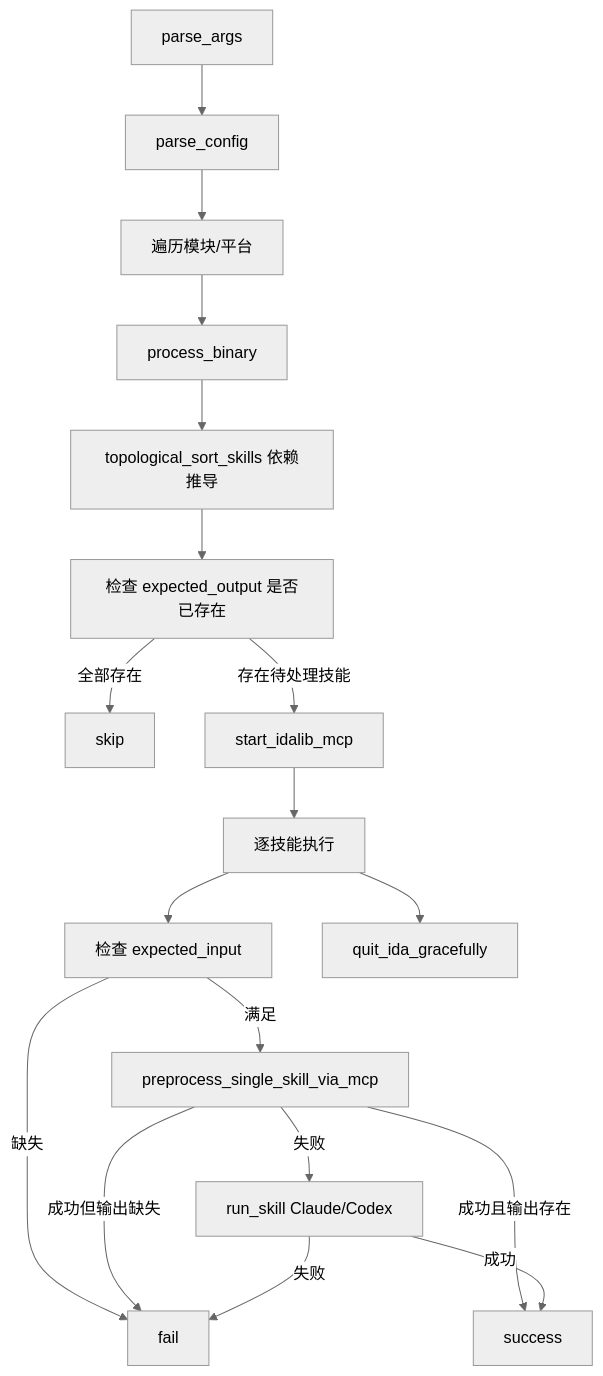
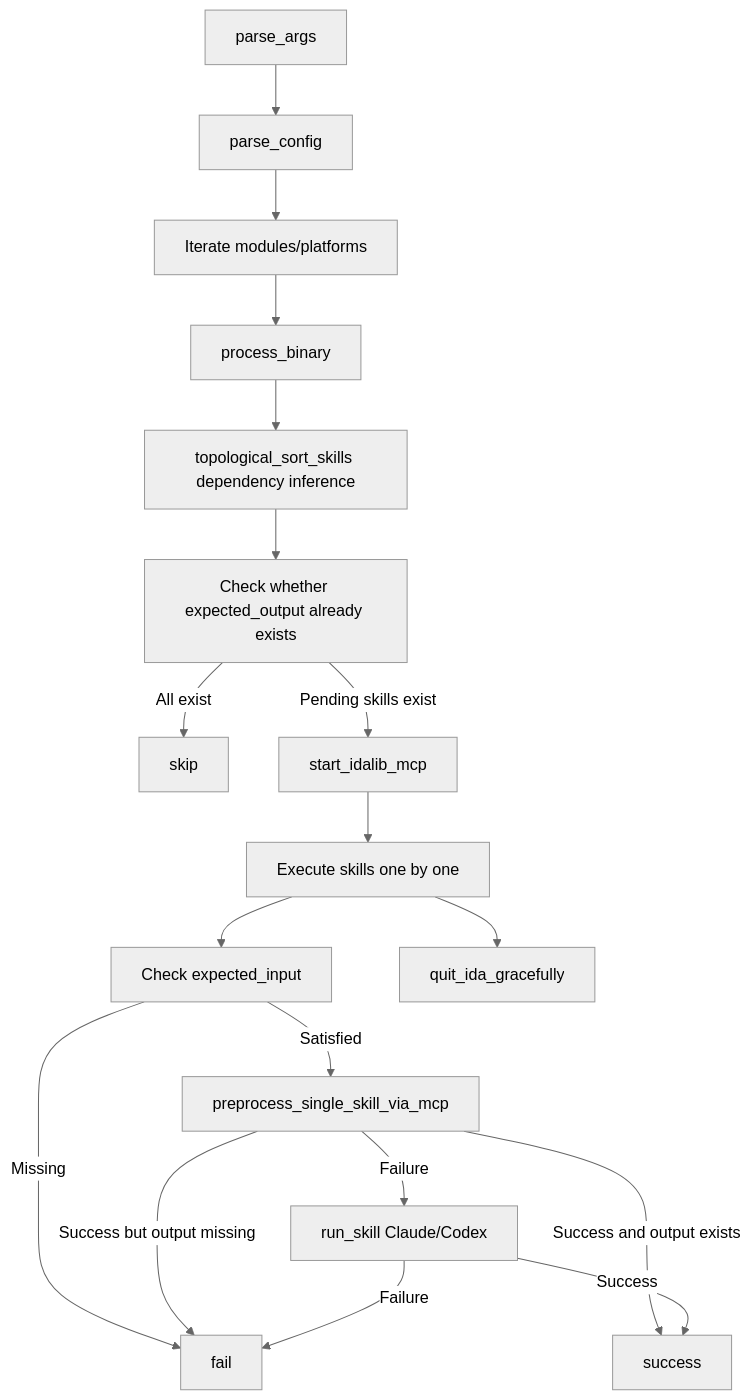
The diagram in .serena/memories/ida_analyze_bin.md (hzqst/CS2_VibeSignatures), drawn with Mermaid (neutral theme) before and after one commit. The commit also changed other lines of this file and 9 other files, not shown here.

````diff
--- a/.serena/memories/ida_analyze_bin.md
+++ b/.serena/memories/ida_analyze_bin.md
@@ -25,20 +25,20 @@
 ```mermaid
 flowchart TD
   A[parse_args] --> B[parse_config]
-  B --> C[遍历模块/平台]
+  B --> C[Iterate modules/platforms]
   C --> D[process_binary]
-  D --> E[topological_sort_skills 依赖推导]
-  E --> F[检查 expected_output 是否已存在]
-  F -->|全部存在| G[skip]
-  F -->|存在待处理技能| H[start_idalib_mcp]
-  H --> I[逐技能执行]
-  I --> J[检查 expected_input]
-  J -->|缺失| K[fail]
-  J -->|满足| L[preprocess_single_skill_via_mcp]
-  L -->|成功且输出存在| O[success]
-  L -->|成功但输出缺失| K
-  L -->|失败| N[run_skill Claude/Codex]
-  N -->|成功| O
-  N -->|失败| K
+  D --> E[topological_sort_skills dependency inference]
+  E --> F[Check whether expected_output already exists]
+  F -->|All exist| G[skip]
+  F -->|Pending skills exist| H[start_idalib_mcp]
+  H --> I[Execute skills one by one]
+  I --> J[Check expected_input]
+  J -->|Missing| K[fail]
+  J -->|Satisfied| L[preprocess_single_skill_via_mcp]
+  L -->|Success and output exists| O[success]
+  L -->|Success but output missing| K
+  L -->|Failure| N[run_skill Claude/Codex]
+  N -->|Success| O
+  N -->|Failure| K
   I --> Q[quit_ida_gracefully]
 ```
````
